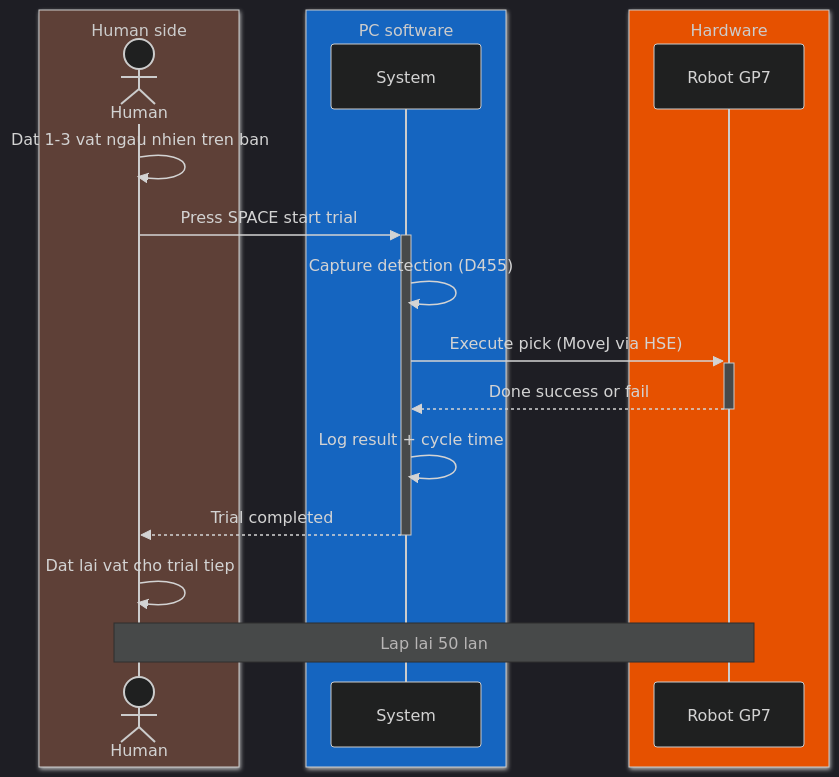
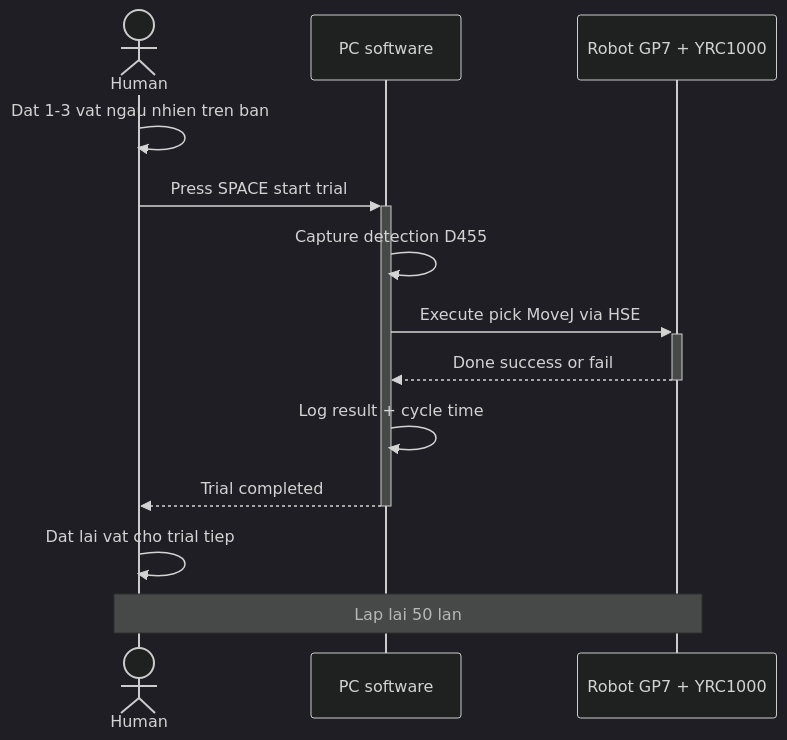
One commit to manhhv87/DTwinGP7 changed the ninth of 10 diagrams in docs/phat_bieu_bai_toan_v3_2_HD.md. Above: the diagram before and after it, drawn with Mermaid. The commit also changed other lines of this file, not shown here.

Commit message:
fix: mermaid 11.13 syntax errors trong sequence va gantt
- 10.2 sequenceDiagram: bo 'box rgb()' wrapper (mermaid 11 strict),
  giu actor H + 2 participant. Mat color box nhung khong syntax error.
- 11 gantt: bo 'todayMarker on' (khong phai valid syntax trong 11.x,
  default da on roi). Them axisFormat %m/%Y cho de doc thang.

````diff
--- a/docs/phat_bieu_bai_toan_v3_2_HD.md
+++ b/docs/phat_bieu_bai_toan_v3_2_HD.md
@@ -880,23 +880,17 @@
 ```mermaid
 %%{init: {'theme':'dark'}}%%
 sequenceDiagram
-    box rgb(94, 64, 55) Human side
-        actor H as Human
-    end
-    box rgb(21, 101, 192) PC software
-        participant S as System
-    end
-    box rgb(230, 81, 0) Hardware
-        participant R as Robot GP7
-    end
+    actor H as Human
+    participant S as PC software
+    participant R as Robot GP7 + YRC1000
 
     H->>H: Dat 1-3 vat ngau nhien tren ban
     H->>+S: Press SPACE start trial
-    S->>S: Capture detection (D455)
-    S->>+R: Execute pick (MoveJ via HSE)
+    S->>S: Capture detection D455
+    S->>+R: Execute pick MoveJ via HSE
     R-->>-S: Done success or fail
     S->>S: Log result + cycle time
     S-->>-H: Trial completed
     H->>H: Dat lai vat cho trial tiep
     Note over H,R: Lap lai 50 lan
 ```
````
